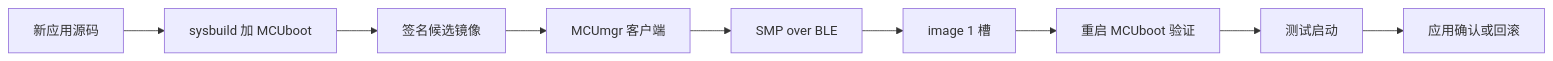
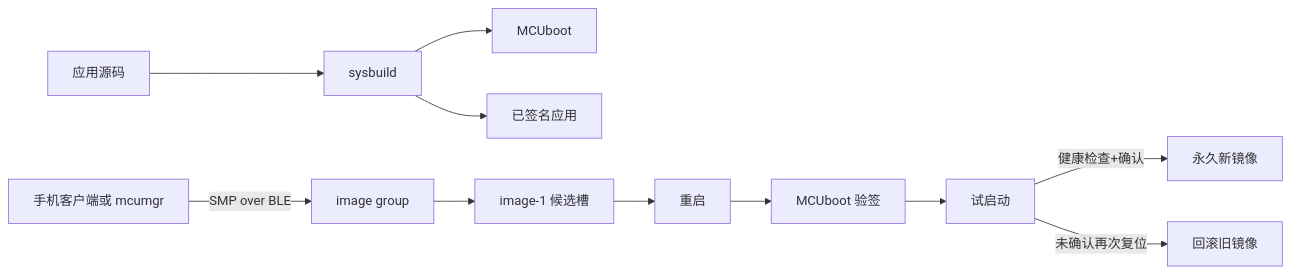
Before and after one commit to cdragon-ljl/EEandEdgeAI: the first of 2 diagrams in docs/articles/zephyr/zephyr-21-dfu-smp-ble-ota.md, drawn with Mermaid. The commit also changed other lines of this file and 35 other files, not shown here.

````diff
--- a/docs/articles/zephyr/zephyr-21-dfu-smp-ble-ota.md
+++ b/docs/articles/zephyr/zephyr-21-dfu-smp-ble-ota.md
@@ -23,11 +25,13 @@
 ```mermaid
 flowchart LR
-    A[新应用源码] --> B[sysbuild 加 MCUboot]
-    B --> C[签名候选镜像]
-    C --> D[MCUmgr 客户端]
-    D --> E[SMP over BLE]
-    E --> F[image 1 槽]
-    F --> G[重启 MCUboot 验证]
-    G --> H[测试启动]
-    H --> I[应用确认或回滚]
+    S[应用源码] --> B[sysbuild]
+    B --> M[MCUboot]
+    B --> A[已签名应用]
+    C[手机客户端或 mcumgr] -->|SMP over BLE| G[image group]
+    G --> I[image-1 候选槽]
+    I --> R[重启]
+    R --> V[MCUboot 验签]
+    V --> T[试启动]
+    T -->|健康检查+确认| P[永久新镜像]
+    T -->|未确认再次复位| O[回滚旧镜像]
 ```
````
